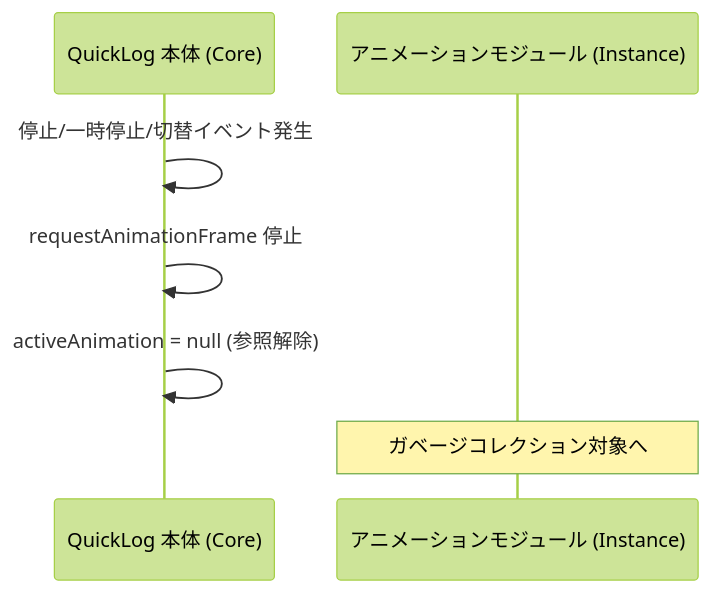
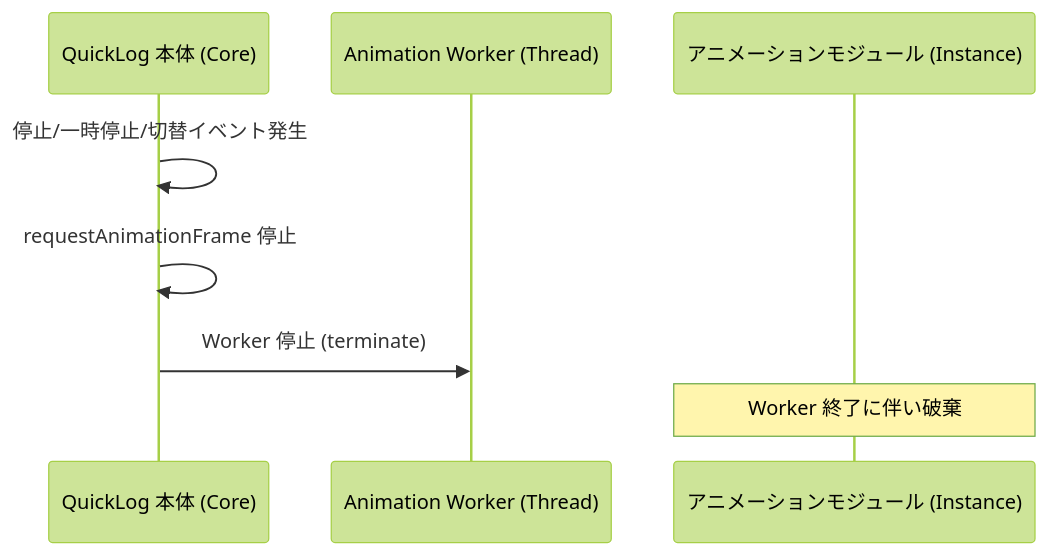
Before and after one commit to masanori-satake/QuickLog-Solo: the fifth of 5 diagrams in docs/animation_module_spec.md, drawn with Mermaid (forest theme). The commit also changed other lines of this file, not shown here.

First line of the commit message:
docs: update animation module spec to clarify worker architecture and thread safety

````diff
--- a/docs/animation_module_spec.md
+++ b/docs/animation_module_spec.md
@@ -85,11 +92,12 @@
 ```mermaid
 sequenceDiagram
     participant C_Term as QuickLog 本体 (Core)
+    participant W_Term as Animation Worker (Thread)
     participant M_Term as アニメーションモジュール (Instance)
 
     C_Term->>C_Term: 停止/一時停止/切替イベント発生
     C_Term->>C_Term: requestAnimationFrame 停止
-    C_Term->>C_Term: activeAnimation = null (参照解除)
-    Note over M_Term: ガベージコレクション対象へ
+    C_Term->>W_Term: Worker 停止 (terminate)
+    Note over M_Term: Worker 終了に伴い破棄
     destroy M_Term
 ```
````
